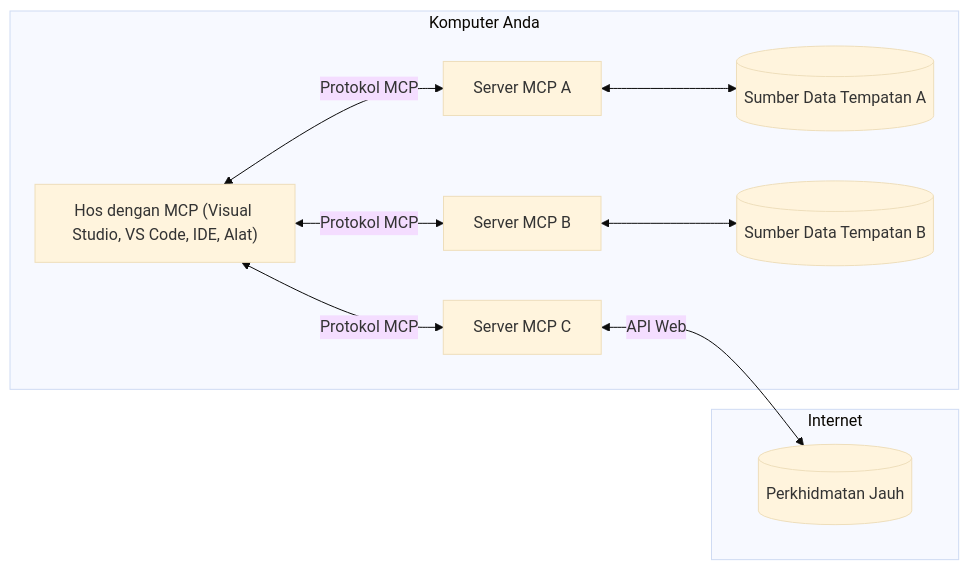
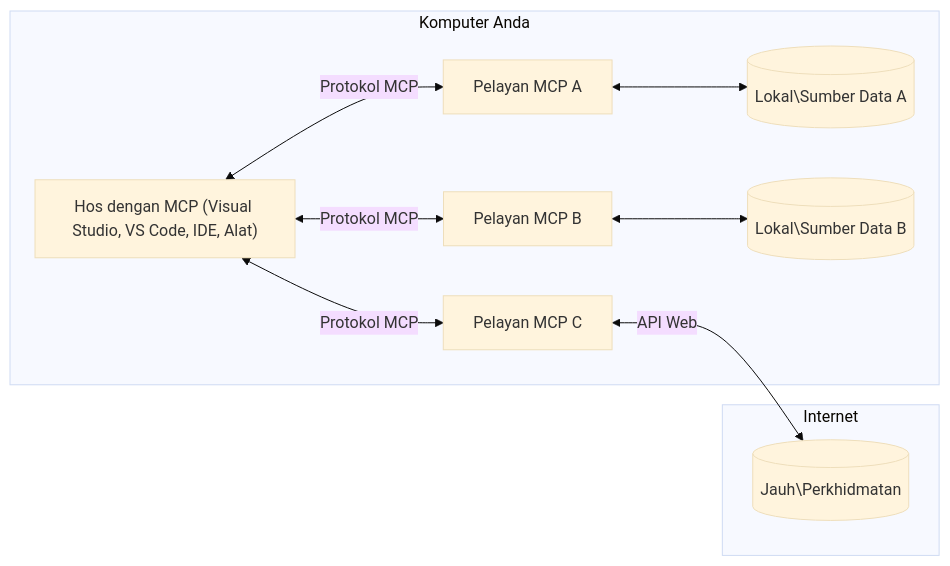
Before and after one commit to HIDORAKAI002/ai-workspace-archive: the diagram in mcp_ecosystem__model_context_protocol/mcp_learning_resources/mcp-for-beginners/translations/ms/01-CoreConcepts/README.md, drawn with Mermaid (base theme). The commit also changed other lines of this file and 1046 other files, not shown here.

````diff
--- a/mcp_ecosystem__model_context_protocol/mcp_learning_resources/mcp-for-beginners/translations/ms/01-CoreConcepts/README.md
+++ b/mcp_ecosystem__model_context_protocol/mcp_learning_resources/mcp-for-beginners/translations/ms/01-CoreConcepts/README.md
@@ -45,17 +45,17 @@
 ```mermaid
 flowchart LR
     subgraph "Komputer Anda"
         Host["Hos dengan MCP (Visual Studio, VS Code, IDE, Alat)"]
-        S1["Server MCP A"]
-        S2["Server MCP B"]
-        S3["Server MCP C"]
+        S1["Pelayan MCP A"]
+        S2["Pelayan MCP B"]
+        S3["Pelayan MCP C"]
         Host <-->|"Protokol MCP"| S1
         Host <-->|"Protokol MCP"| S2
         Host <-->|"Protokol MCP"| S3
-        S1 <--> D1[("Sumber Data Tempatan A")]
-        S2 <--> D2[("Sumber Data Tempatan B")]
+        S1 <--> D1[("Lokal\Sumber Data A")]
+        S2 <--> D2[("Lokal\Sumber Data B")]
     end
     subgraph "Internet"
-        S3 <-->|"API Web"| D3[("Perkhidmatan Jauh")]
+        S3 <-->|"API Web"| D3[("Jauh\Perkhidmatan")]
     end
 ```
````
